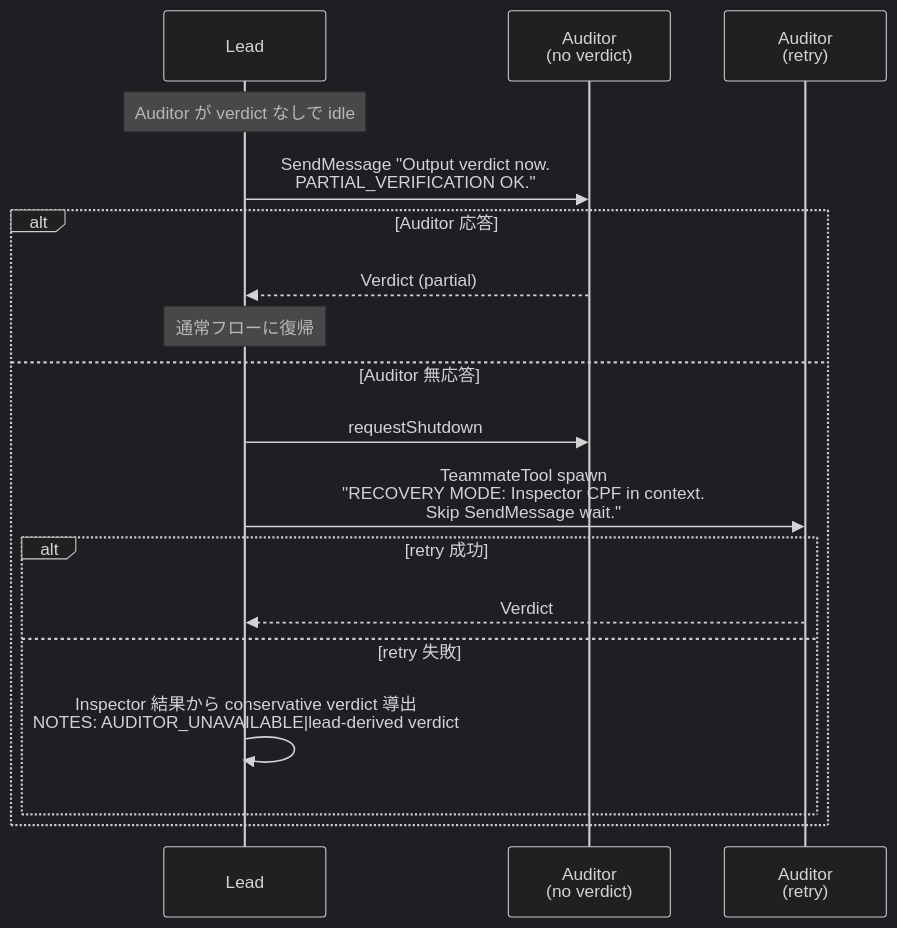
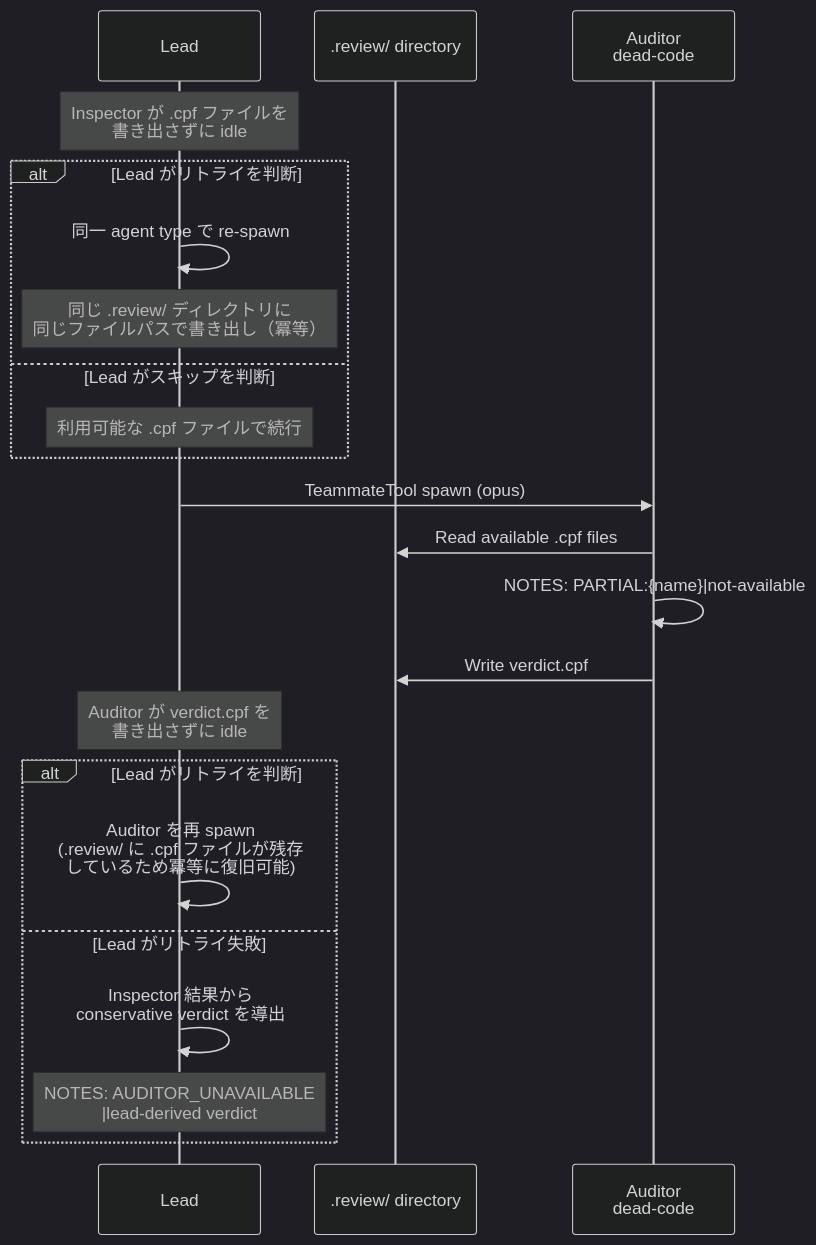
The second of 2 diagrams in .claude/sdd/project/specs/dead-code-review/design.md (sync-dev-org/sync-sdd), drawn with Mermaid (dark theme) before and after one commit. The commit also changed other lines of this file and 32 other files, not shown here.

````diff
--- a/.claude/sdd/project/specs/dead-code-review/design.md
+++ b/.claude/sdd/project/specs/dead-code-review/design.md
@@ -347,22 +352,29 @@
 ```mermaid
 sequenceDiagram
     participant Lead
-    participant Auditor as Auditor<br/>(no verdict)
-    participant Auditor2 as Auditor<br/>(retry)
+    participant RD as .review/ directory
+    participant Auditor as Auditor<br/>dead-code
 
-    Note over Lead: Auditor が verdict なしで idle
-    Lead->>Auditor: SendMessage "Output verdict now.<br/>PARTIAL_VERIFICATION OK."
+    Note over Lead: Inspector が .cpf ファイルを<br/>書き出さずに idle
 
-    alt Auditor 応答
-        Auditor-->>Lead: Verdict (partial)
-        Note over Lead: 通常フローに復帰
-    else Auditor 無応答
-        Lead->>Auditor: requestShutdown
-        Lead->>Auditor2: TeammateTool spawn<br/>"RECOVERY MODE: Inspector CPF in context.<br/>Skip SendMessage wait."
-        alt retry 成功
-            Auditor2-->>Lead: Verdict
-        else retry 失敗
-            Lead->>Lead: Inspector 結果から conservative verdict 導出<br/>NOTES: AUDITOR_UNAVAILABLE|lead-derived verdict
-        end
+    alt Lead がリトライを判断
+        Lead->>Lead: 同一 agent type で re-spawn
+        Note over Lead: 同じ .review/ ディレクトリに<br/>同じファイルパスで書き出し（冪等）
+    else Lead がスキップを判断
+        Note over Lead: 利用可能な .cpf ファイルで続行
+    end
+
+    Lead->>Auditor: TeammateTool spawn (opus)
+    Auditor->>RD: Read available .cpf files
+    Auditor->>Auditor: NOTES: PARTIAL:{name}|not-available
+    Auditor->>RD: Write verdict.cpf
+
+    Note over Lead: Auditor が verdict.cpf を<br/>書き出さずに idle
+
+    alt Lead がリトライを判断
+        Lead->>Lead: Auditor を再 spawn<br/>(.review/ に .cpf ファイルが残存<br/>しているため冪等に復旧可能)
+    else Lead がリトライ失敗
+        Lead->>Lead: Inspector 結果から<br/>conservative verdict を導出
+        Note over Lead: NOTES: AUDITOR_UNAVAILABLE<br/>|lead-derived verdict
     end
 ```
````
